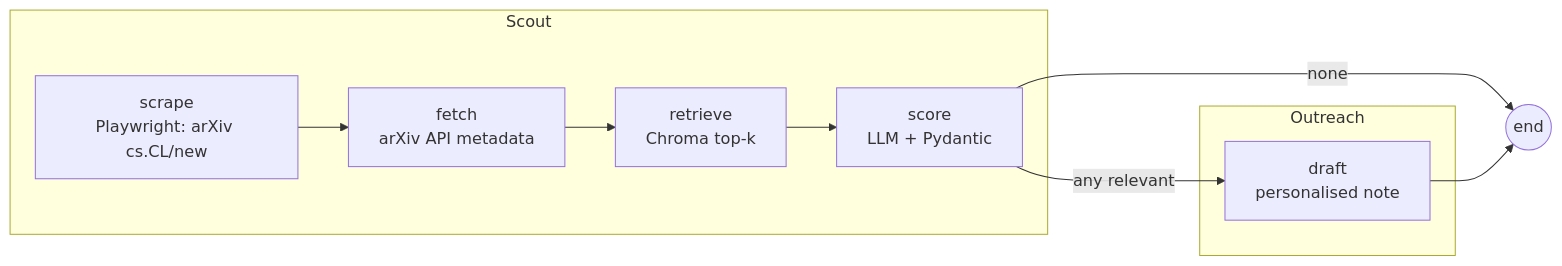
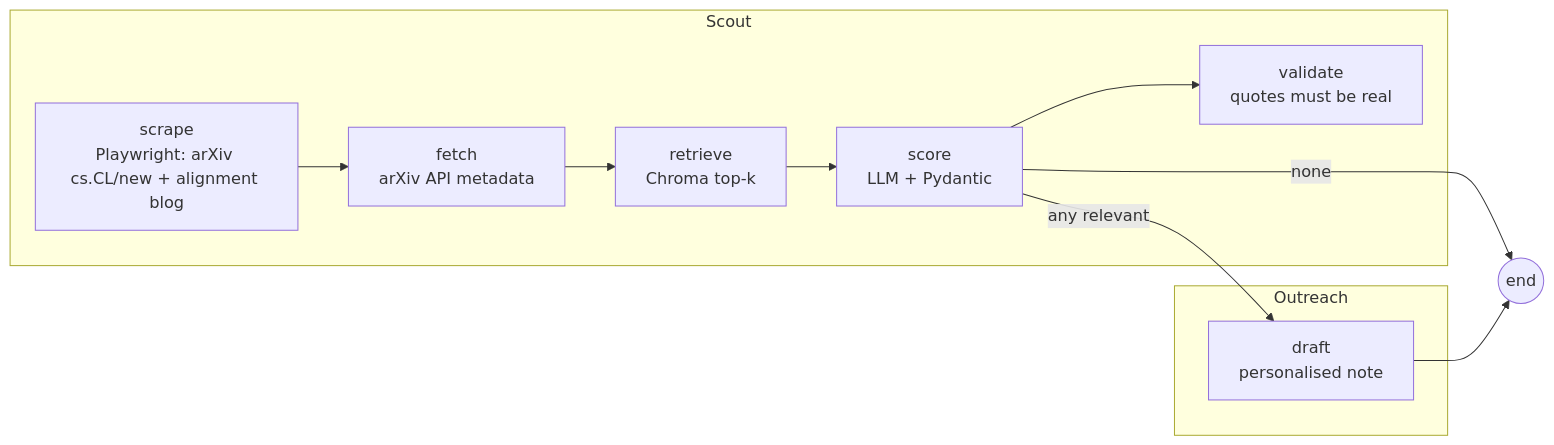
Before and after one commit to pra-nav-04/safety-circuits-research-agent: the diagram in README.md, drawn with Mermaid. The commit also changed other lines of this file and 10 other files, not shown here.

Commit message:
Validation: markdown-tolerant quotes, stricter prompt; blog first; new sample run; notes and README

````diff
--- a/README.md
+++ b/README.md
@@ -22,12 +22,12 @@
 ```mermaid
 flowchart LR
   subgraph Scout
-    scrape[scrape<br/>Playwright: arXiv cs.CL/new] --> fetch[fetch<br/>arXiv API metadata] --> retrieve[retrieve<br/>Chroma top-k] --> score[score<br/>LLM + Pydantic]
+    scrape[scrape<br/>Playwright: arXiv cs.CL/new + alignment blog] --> fetch[fetch<br/>arXiv API metadata] --> retrieve[retrieve<br/>Chroma top-k] --> score[score<br/>LLM + Pydantic] --> validate[validate<br/>quotes must be real]
   end
   score -->|any relevant| draft
   score -->|none| END((end))
   subgraph Outreach
     draft[draft<br/>personalised note]
   end
   draft --> END
 ```
````
